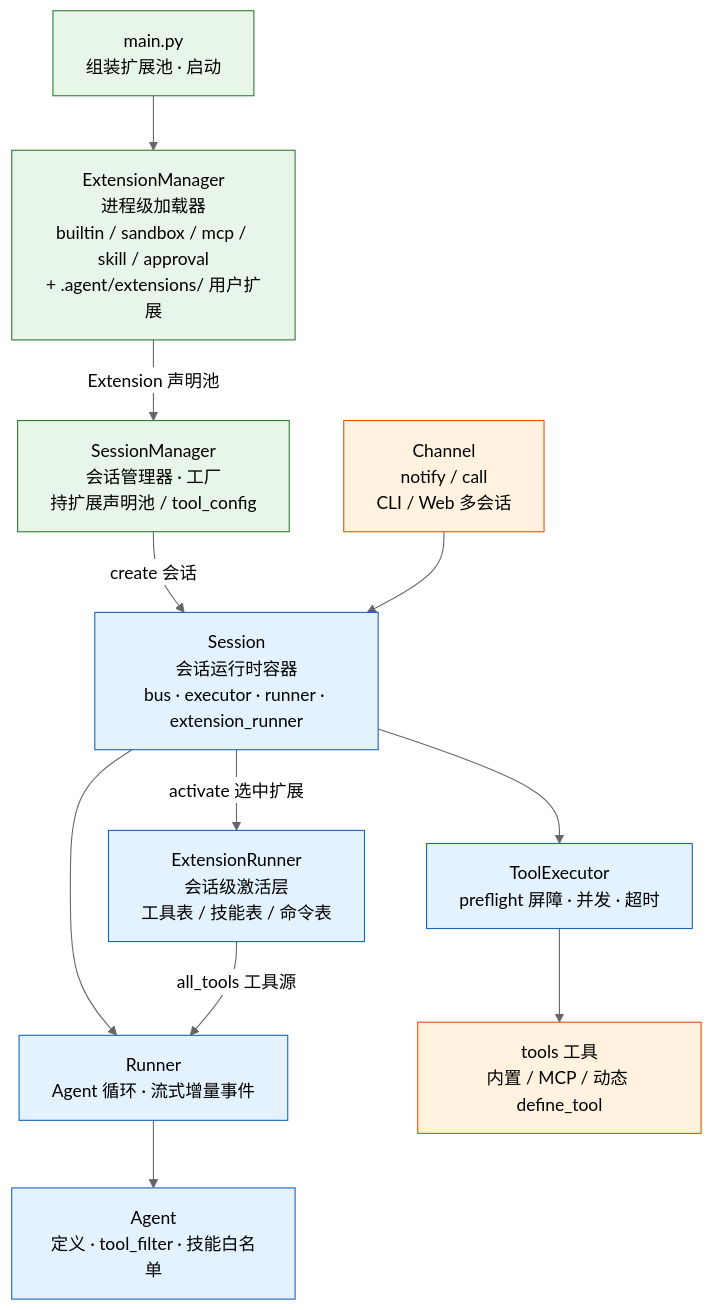
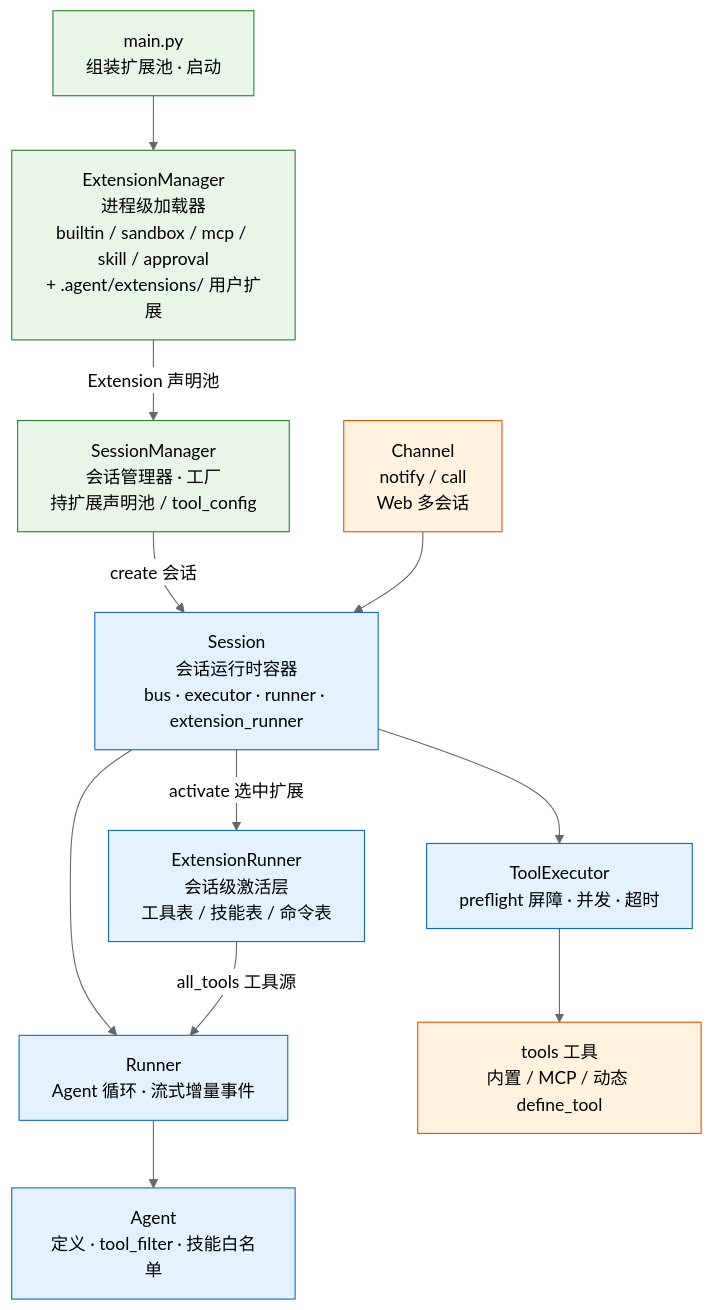
One commit to yishenzhu/walle changed the first of 2 diagrams in README.md. Above: the diagram before and after it, drawn with Mermaid (neutral theme). The commit also changed other lines of this file and 54 other files, not shown here.

````diff
--- a/README.md
+++ b/README.md
@@ -35,31 +35,31 @@
 ```mermaid
 flowchart TD
     Main["main.py<br/>组装扩展池 · 启动"]
     ExtManager["ExtensionManager<br/>进程级加载器<br/>builtin / sandbox / mcp / skill / approval<br/>+ .agent/extensions/ 用户扩展"]
     SessionManager["SessionManager<br/>会话管理器 · 工厂<br/>持扩展声明池 / tool_config"]
     S["Session<br/>会话运行时容器<br/>bus · executor · runner · extension_runner"]
     ER["ExtensionRunner<br/>会话级激活层<br/>工具表 / 技能表 / 命令表"]
     R["Runner<br/>Agent 循环 · 流式增量事件"]
     E["ToolExecutor<br/>preflight 屏障 · 并发 · 超时"]
     A["Agent<br/>定义 · tool_filter · 技能白名单"]
     T["tools 工具<br/>内置 / MCP / 动态 define_tool"]
-    Ch["Channel<br/>notify / call<br/>CLI / Web 多会话"]
+    Ch["Channel<br/>notify / call<br/>Web 多会话"]
 
     Main --> ExtManager
     ExtManager -->|Extension 声明池| SessionManager
     SessionManager -->|create 会话| S
     S -->|activate 选中扩展| ER
     S --> R
     S --> E
     R --> A
     E --> T
     ER -->|all_tools 工具源| R
     Ch --> S
 
     classDef entry fill:#e8f5e9,stroke:#2e7d32
     classDef core fill:#e3f2fd,stroke:#1565c0
     classDef tool fill:#fff3e0,stroke:#e65100
     class Main,ExtManager,SessionManager entry
     class S,ER,R,E,A core
     class T,Ch tool
 ```
````
